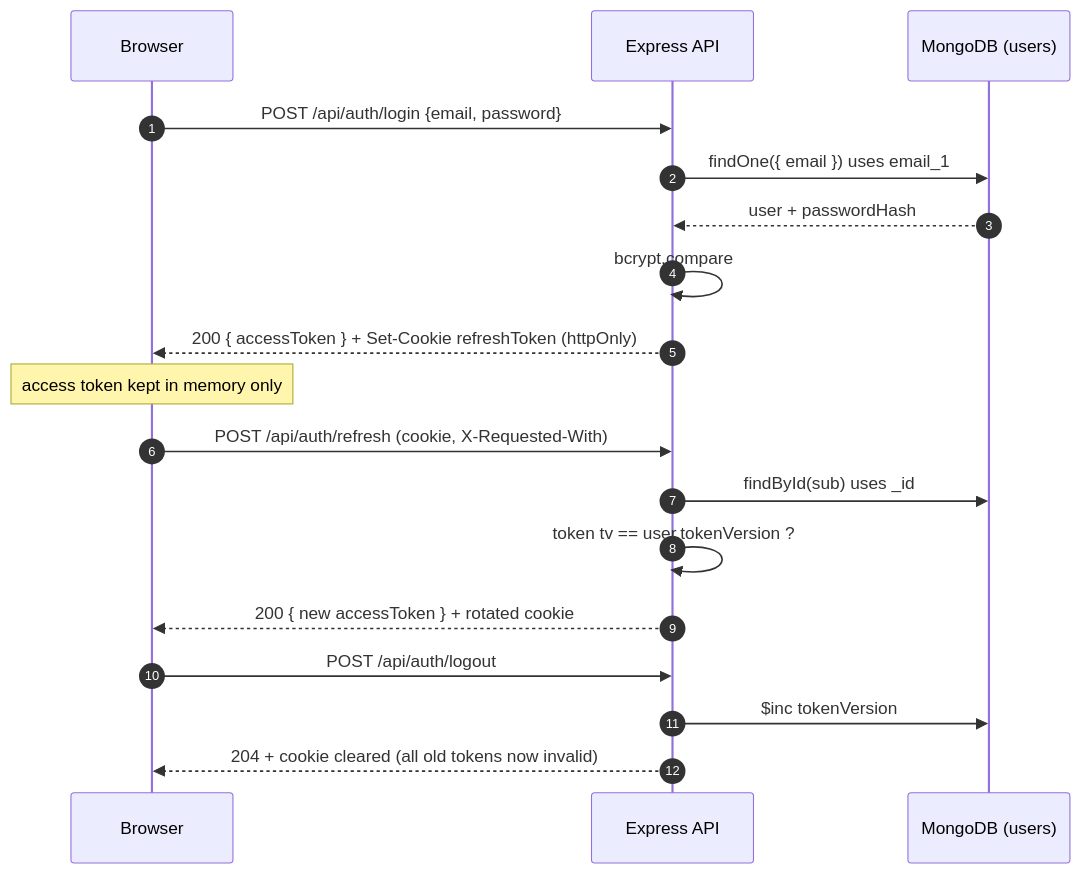
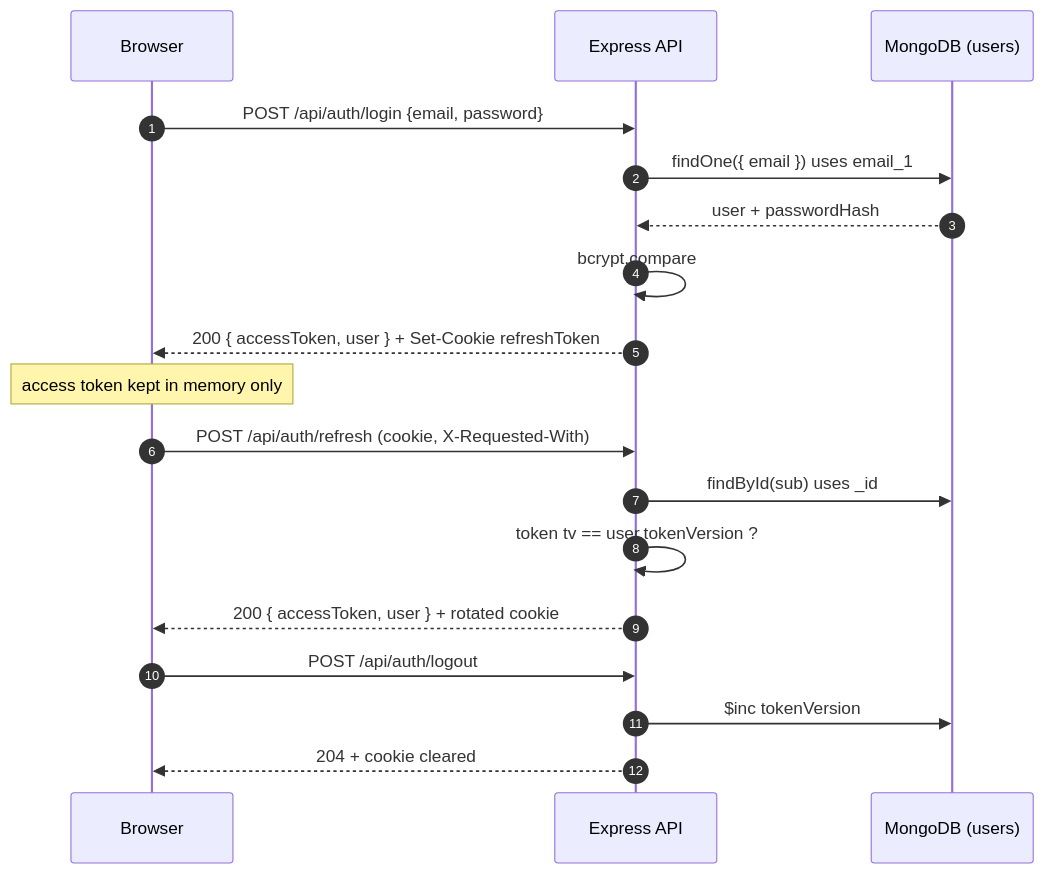
The diagram in docs/feature/milestone-2-auth/module-1-auth-core/overview.md (rimi-1234/note-taking-), drawn with Mermaid before and after one commit. The commit also changed other lines of this file and 15 other files, not shown here.

````diff
--- a/docs/feature/milestone-2-auth/module-1-auth-core/overview.md
+++ b/docs/feature/milestone-2-auth/module-1-auth-core/overview.md
@@ -21,20 +25,20 @@
 ```mermaid
 sequenceDiagram
     autonumber
     participant B as Browser
     participant API as Express API
     participant DB as MongoDB (users)
     B->>API: POST /api/auth/login {email, password}
     API->>DB: findOne({ email }) uses email_1
     DB-->>API: user + passwordHash
     API->>API: bcrypt.compare
-    API-->>B: 200 { accessToken } + Set-Cookie refreshToken (httpOnly)
+    API-->>B: 200 { accessToken, user } + Set-Cookie refreshToken
     Note over B: access token kept in memory only
     B->>API: POST /api/auth/refresh (cookie, X-Requested-With)
     API->>DB: findById(sub) uses _id
     API->>API: token tv == user.tokenVersion ?
-    API-->>B: 200 { new accessToken } + rotated cookie
+    API-->>B: 200 { accessToken, user } + rotated cookie
     B->>API: POST /api/auth/logout
     API->>DB: $inc tokenVersion
-    API-->>B: 204 + cookie cleared (all old tokens now invalid)
+    API-->>B: 204 + cookie cleared
 ```
````
